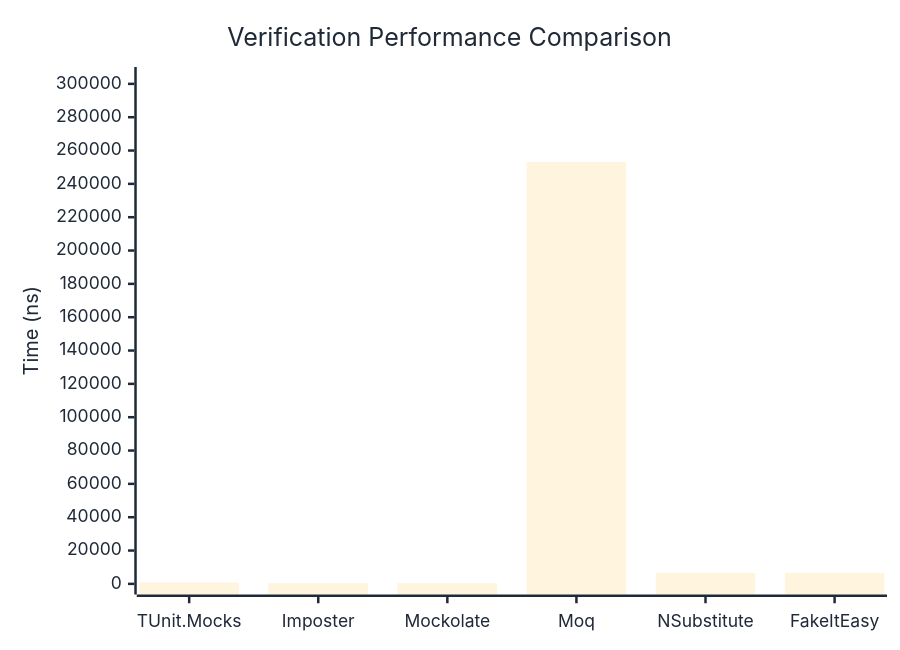
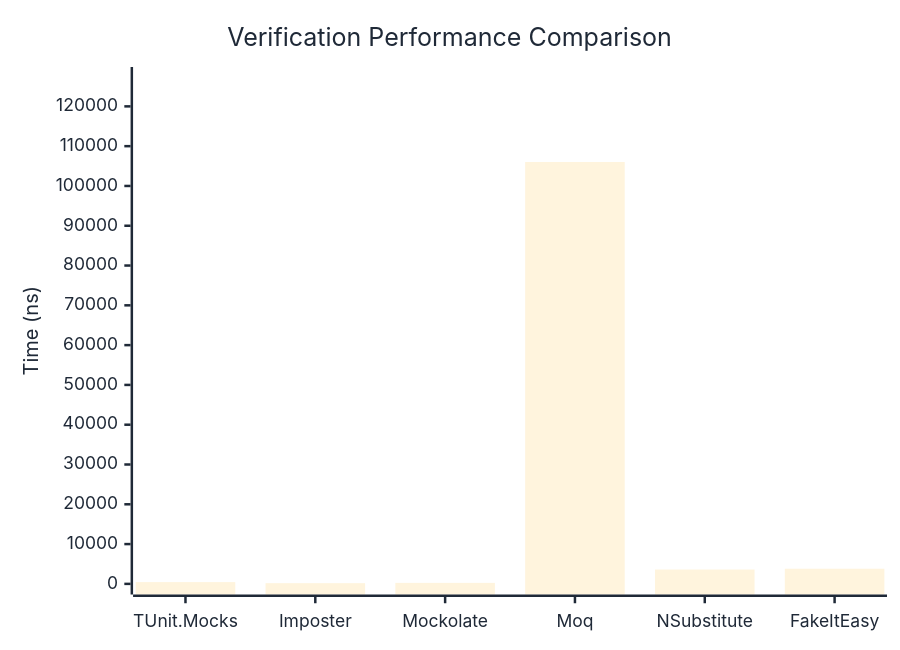
One commit to thomhurst/TUnit changed the first of 3 diagrams in docs/docs/benchmarks/mocks/Verification.md. Above: the diagram before and after it, drawn with Mermaid. The commit also changed other lines of this file and 14 other files, not shown here.

````diff
--- a/docs/docs/benchmarks/mocks/Verification.md
+++ b/docs/docs/benchmarks/mocks/Verification.md
@@ -30,27 +30,27 @@
 ```mermaid
 %%{init: {
   'theme':'base',
   'themeVariables': {
     'primaryColor': '#2563eb',
     'primaryTextColor': '#1f2937',
     'primaryBorderColor': '#1e40af',
     'lineColor': '#6b7280',
     'secondaryColor': '#7c3aed',
     'tertiaryColor': '#dc2626',
     'background': '#ffffff',
     'pie1': '#2563eb',
     'pie2': '#7c3aed',
     'pie3': '#dc2626',
     'pie4': '#f59e0b',
     'pie5': '#10b981',
     'pie6': '#06b6d4',
     'pie7': '#ec4899',
     'pie8': '#6366f1'
   }
 }}%%
 xychart-beta
   title "Verification Performance Comparison"
   x-axis ["TUnit.Mocks", "Imposter", "Mockolate", "Moq", "NSubstitute", "FakeItEasy"]
-  y-axis "Time (ns)" 0 --> 303746
-  bar [777.77, 366.14, 400.77, 253121.4, 6612.57, 6566.35]
+  y-axis "Time (ns)" 0 --> 127224
+  bar [442.99, 176.78, 251.23, 106019.86, 3605.16, 3809.14]
 ```
````
